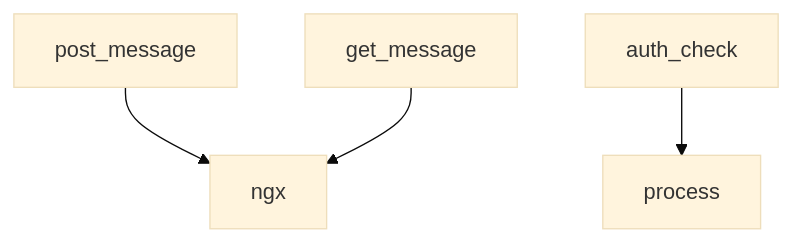
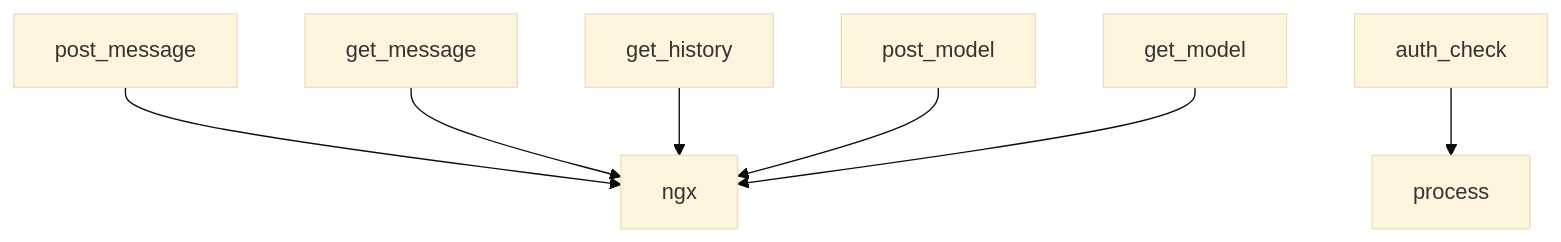
Before and after one commit to DovahkiinYuzuko/ddo-saba: the diagram in docs/variables'n'functions/[JavaScript]broadcast.md, drawn with Mermaid (base theme). The commit also changed other lines of this file and 10 other files, not shown here.

````diff
--- a/docs/variables'n'functions/[JavaScript]broadcast.md
+++ b/docs/variables'n'functions/[JavaScript]broadcast.md
@@ -60,6 +83,9 @@
 ```mermaid
 graph TD
     post_message --> ngx
     get_message --> ngx
+    get_history --> ngx
+    post_model --> ngx
+    get_model --> ngx
     auth_check --> process
 ```
````
